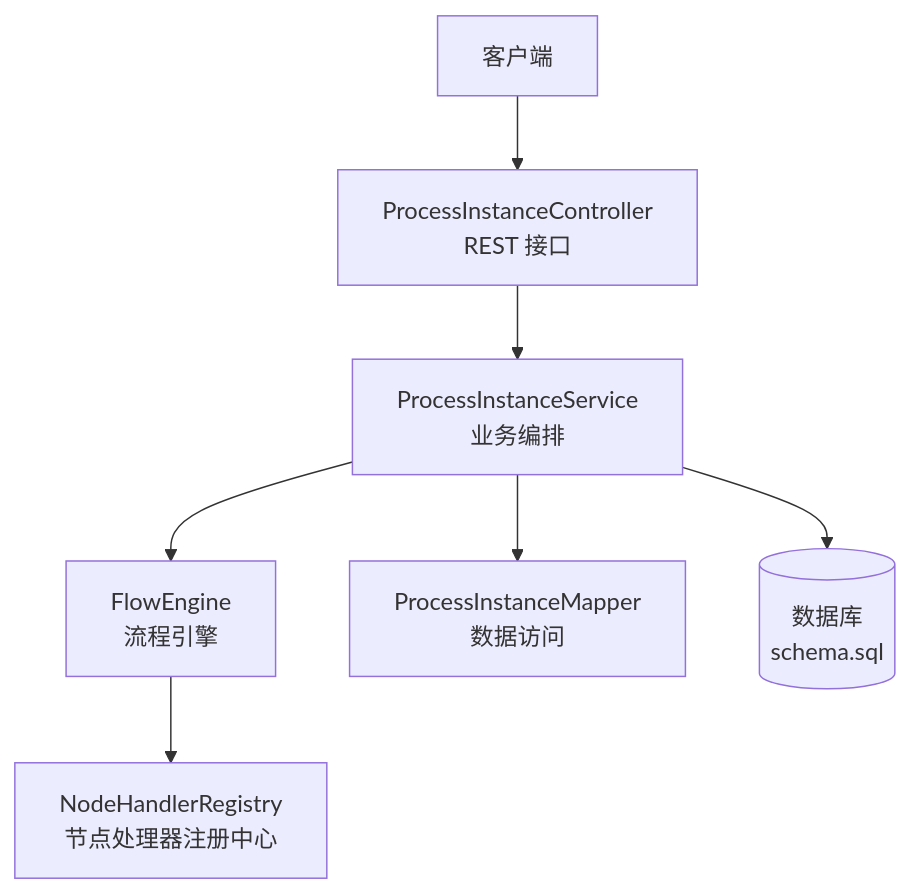
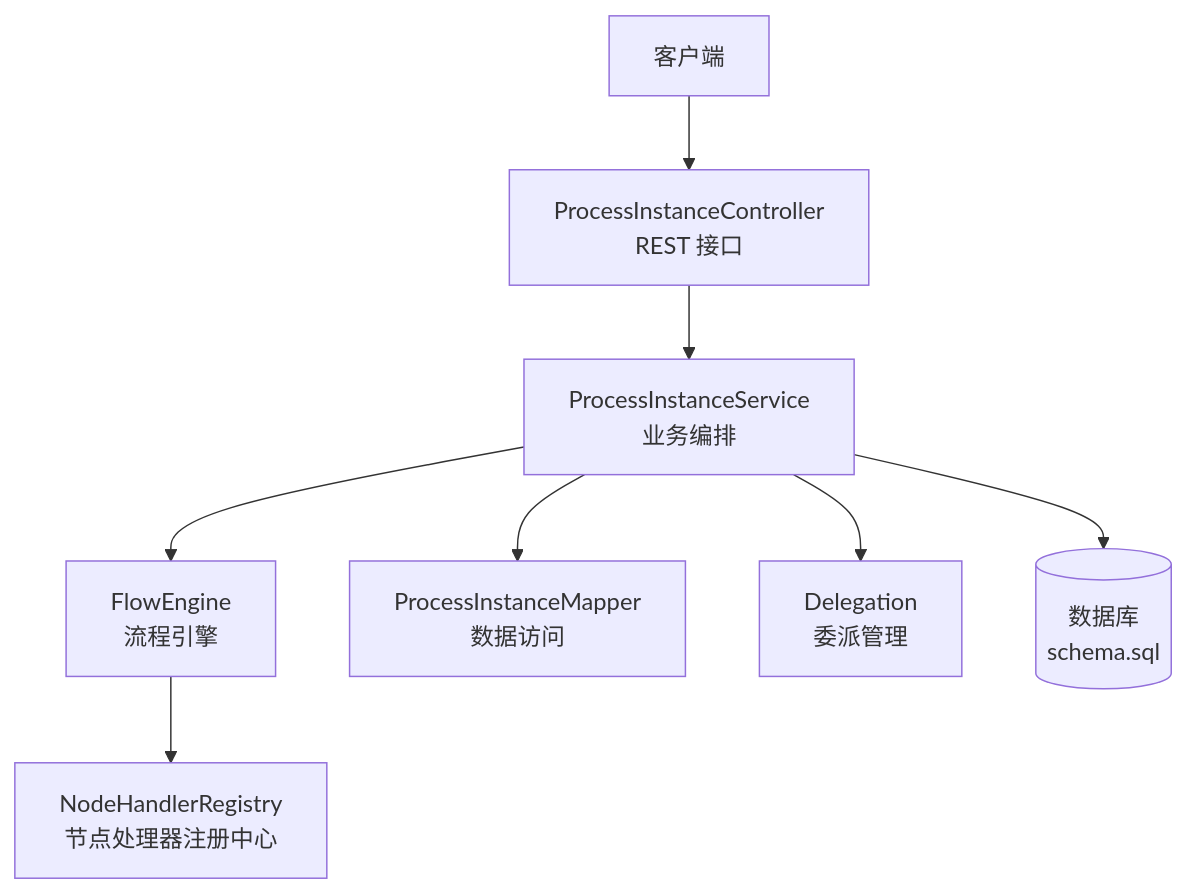
The first of 10 diagrams in .qoder/repowiki/zh/content/流程执行引擎/流程实例管理.md (liming-lihaini/workflow), drawn with Mermaid before and after one commit. The commit also changed other lines of this file and 27 other files, not shown here.

````diff
--- a/.qoder/repowiki/zh/content/流程执行引擎/流程实例管理.md
+++ b/.qoder/repowiki/zh/content/流程执行引擎/流程实例管理.md
@@ -56,9 +64,10 @@
 ```mermaid
 graph TB
 Client["客户端"] --> Ctl["ProcessInstanceController<br/>REST 接口"]
 Ctl --> Svc["ProcessInstanceService<br/>业务编排"]
 Svc --> Engine["FlowEngine<br/>流程引擎"]
 Svc --> Repo["ProcessInstanceMapper<br/>数据访问"]
+Svc --> Delegation["Delegation<br/>委派管理"]
 Engine --> NodeReg["NodeHandlerRegistry<br/>节点处理器注册中心"]
 Svc --> DB[("数据库<br/>schema.sql")]
 ```
````
